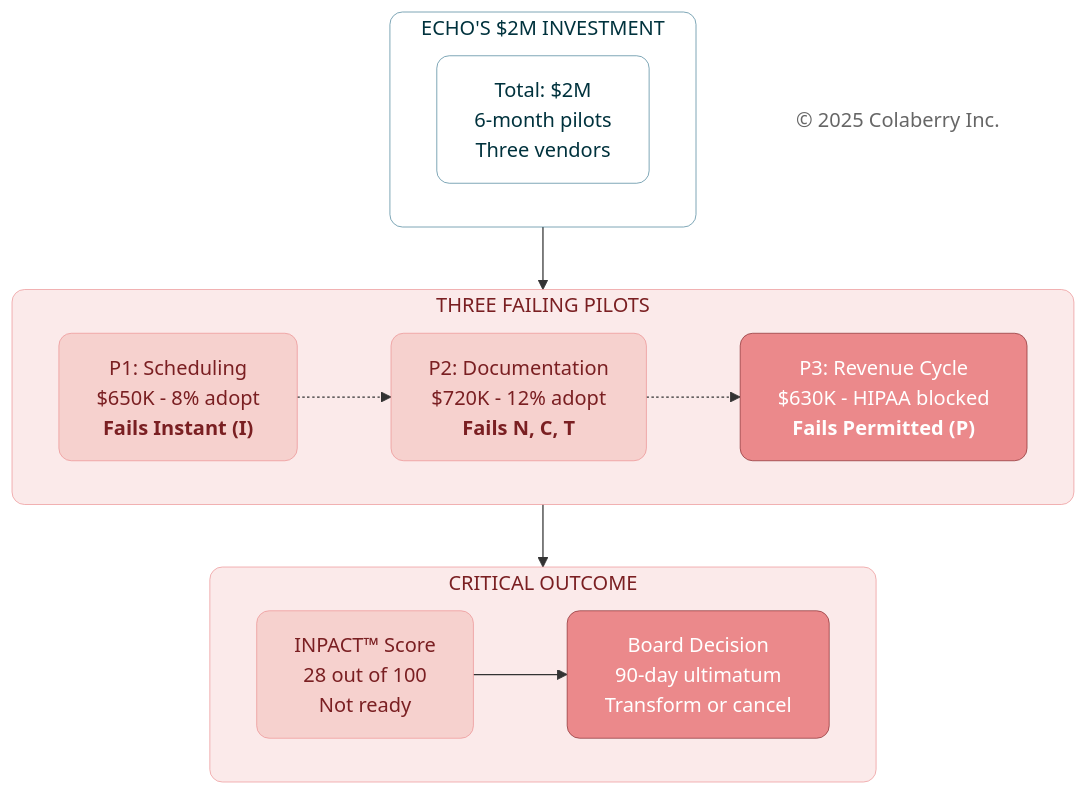
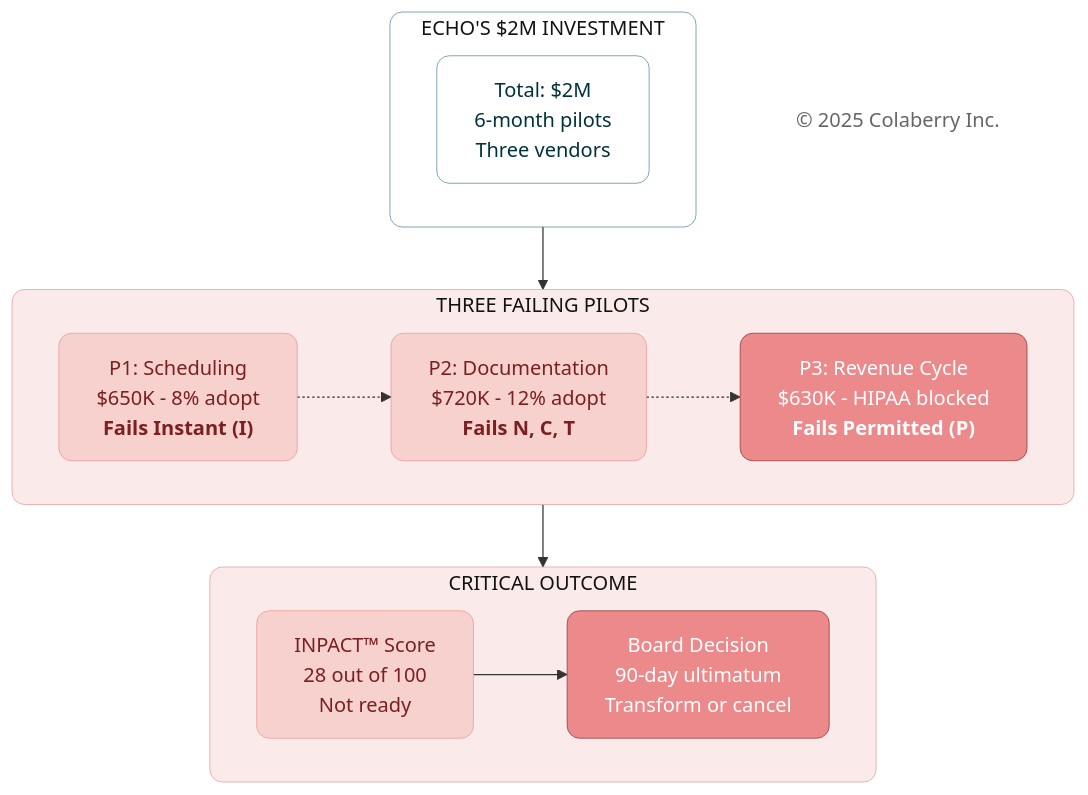
One commit to saitejesh-cyber/trust-before-intelligence-book changed the sixth of 6 diagrams in manuscript/02_chapter_1_why_agents_fail.md. Above: the diagram before and after it, drawn with Mermaid. The commit also changed other lines of this file and 12 other files, not shown here.

````diff
--- a/manuscript/02_chapter_1_why_agents_fail.md
+++ b/manuscript/02_chapter_1_why_agents_fail.md
@@ -635,44 +635,44 @@
 ```mermaid
 
 graph TB
     subgraph investment["ECHO'S $2M INVESTMENT"]
         TOTAL["Total: $2M<br/>6-month pilots<br/>Three vendors"]
     end
     
     subgraph pilots["THREE FAILING PILOTS"]
         P1["P1: Scheduling<br/>$650K - 8% adopt<br/><b>Fails Instant (I)</b>"]
         
         P2["P2: Documentation<br/>$720K - 12% adopt<br/><b>Fails N, C, T</b>"]
         
         P3["P3: Revenue Cycle<br/>$630K - HIPAA blocked<br/><b>Fails Permitted (P)</b>"]
         
         P1 -.-> P2 -.-> P3
     end
     
     subgraph outcome["CRITICAL OUTCOME"]
         SCORE["INPACT™ Score<br/>28 out of 100<br/>Not ready"]
         
         DECISION["Board Decision<br/>90-day ultimatum<br/>Transform or cancel"]
         
         SCORE --> DECISION
     end
     
     investment --> pilots --> outcome
     
     Copyright["© 2025 Colaberry Inc."]
     
-    style investment fill:#ffffff,stroke:#32738C,stroke-width:0.5px,color:#00323D,rx:10,ry:10
+    style investment fill:#ffffff,stroke:#32738C,stroke-width:0.5px,color:#121212,rx:10,ry:10
     style TOTAL fill:#ffffff,stroke:#32738C,stroke-width:0.5px,color:#00323D,rx:10,ry:10
     
-    style pilots fill:#FBEAEA,stroke:#EB898B,stroke-width:0.5px,color:#7A1F22,rx:10,ry:10
+    style pilots fill:#FBEAEA,stroke:#EB898B,stroke-width:0.5px,color:#121212,rx:10,ry:10
     style P1 fill:#F6D1CE,stroke:#EB898B,stroke-width:0.5px,color:#7A1F22,rx:10,ry:10
     style P2 fill:#F6D1CE,stroke:#EB898B,stroke-width:0.5px,color:#7A1F22,rx:10,ry:10
     style P3 fill:#EB898B,color:#ffffff,stroke:#7A1F22,stroke-width:0.5px,rx:10,ry:10
     
-    style outcome fill:#FBEAEA,stroke:#EB898B,stroke-width:0.5px,color:#7A1F22,rx:10,ry:10
+    style outcome fill:#FBEAEA,stroke:#EB898B,stroke-width:0.5px,color:#121212,rx:10,ry:10
     style SCORE fill:#F6D1CE,stroke:#EB898B,stroke-width:0.5px,color:#7A1F22,rx:10,ry:10
     style DECISION fill:#EB898B,color:#ffffff,stroke:#7A1F22,stroke-width:0.5px,rx:10,ry:10
     
     style Copyright fill:none,stroke:none,color:#666666
 
 ```
````
